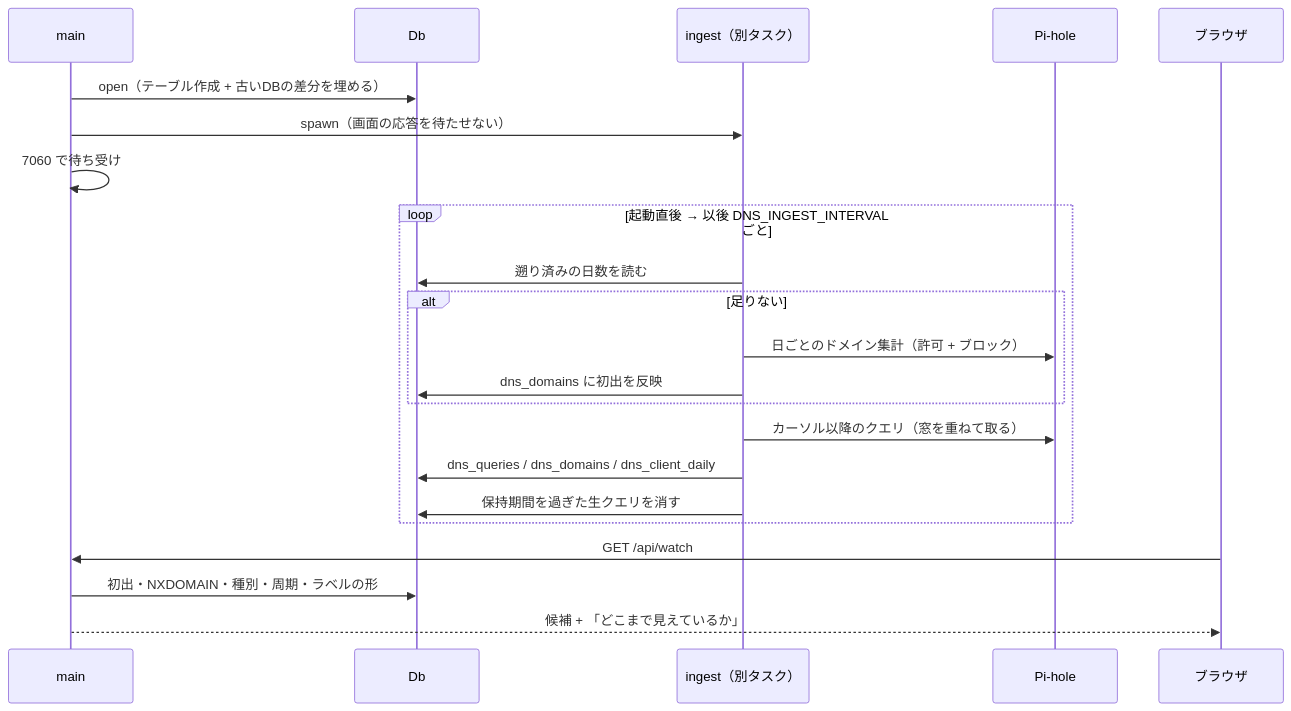
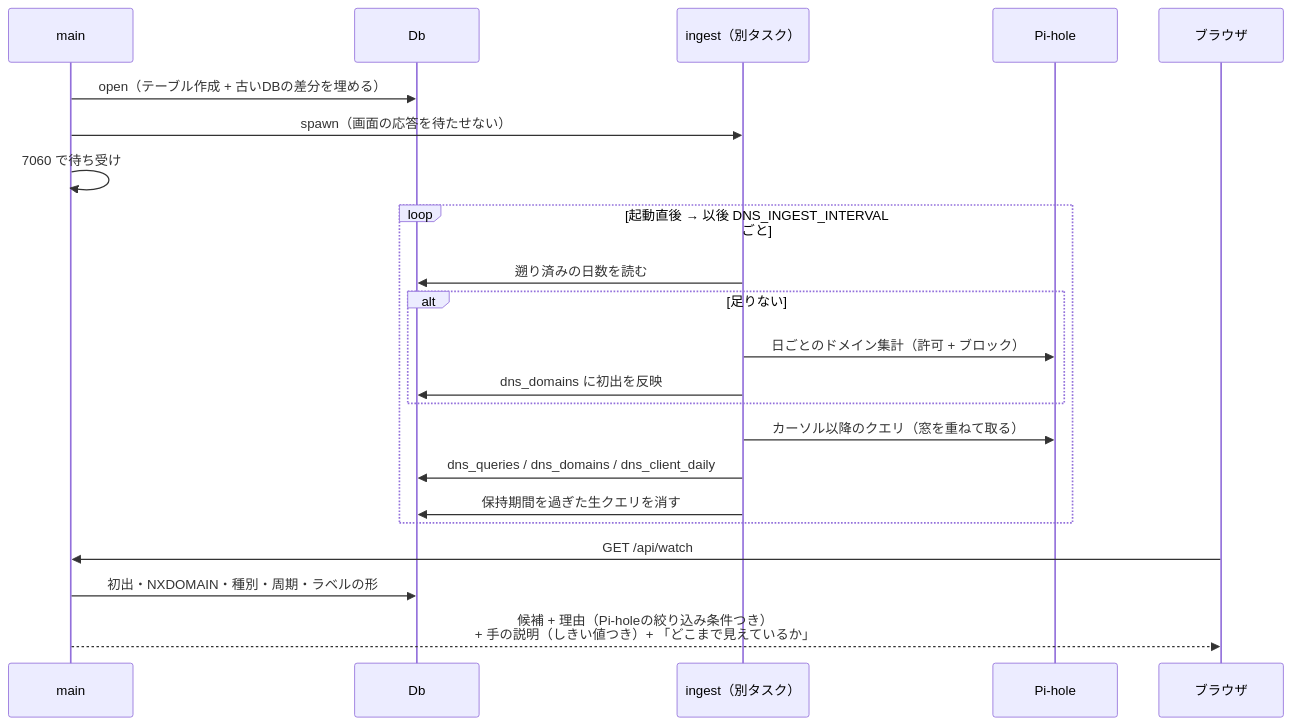
The second of 5 diagrams in docs/architecture.md (rtcode337/pihole-monitor), drawn with Mermaid before and after one commit. The commit also changed other lines of this file and 11 other files, not shown here.

````diff
--- a/docs/architecture.md
+++ b/docs/architecture.md
@@ -90,27 +90,27 @@
 ```mermaid
 sequenceDiagram
     participant M as main
     participant D as Db
     participant I as ingest（別タスク）
     participant P as Pi-hole
     participant B as ブラウザ
 
     M->>D: open（テーブル作成 + 古いDBの差分を埋める）
     M->>I: spawn（画面の応答を待たせない）
     M->>M: 7060 で待ち受け
 
     loop 起動直後 → 以後 DNS_INGEST_INTERVAL ごと
         I->>D: 遡り済みの日数を読む
         alt 足りない
             I->>P: 日ごとのドメイン集計（許可 + ブロック）
             I->>D: dns_domains に初出を反映
         end
         I->>P: カーソル以降のクエリ（窓を重ねて取る）
         I->>D: dns_queries / dns_domains / dns_client_daily
         I->>D: 保持期間を過ぎた生クエリを消す
     end
 
     B->>M: GET /api/watch
     M->>D: 初出・NXDOMAIN・種別・周期・ラベルの形
-    M-->>B: 候補 + 「どこまで見えているか」
+    M-->>B: 候補 + 理由（Pi-holeの絞り込み条件つき）<br/>+ 手の説明（しきい値つき）+ 「どこまで見えているか」
 ```
````
